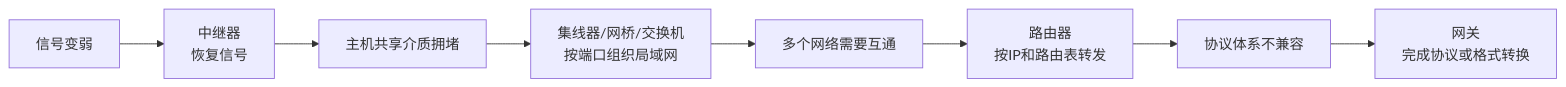
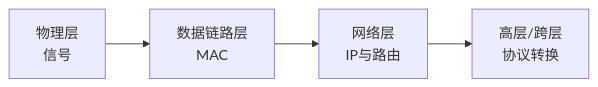
One commit to 74262195/system-architect-notes changed the diagram in 01_综合知识/01_计算机基础知识/03_计算机网络/网络互联设备.md. Above: the diagram before and after it, drawn with Mermaid. The commit also changed other lines of this file, not shown here.

Commit message:
docs: simplify network device diagram

````diff
--- a/01_综合知识/01_计算机基础知识/03_计算机网络/网络互联设备.md
+++ b/01_综合知识/01_计算机基础知识/03_计算机网络/网络互联设备.md
@@ -50,7 +50,6 @@
 ```mermaid
 flowchart LR
-  A[信号变弱] --> B[中继器<br/>恢复信号]
-  B --> C[主机共享介质拥堵] --> D[集线器/网桥/交换机<br/>按端口组织局域网]
-  D --> E[多个网络需要互通] --> F[路由器<br/>按IP和路由表转发]
-  F --> G[协议体系不兼容] --> H[网关<br/>完成协议或格式转换]
+  A[物理层<br/>信号] --> B[数据链路层<br/>MAC]
+  B --> C[网络层<br/>IP与路由]
+  C --> D[高层/跨层<br/>协议转换]
 ```
````
